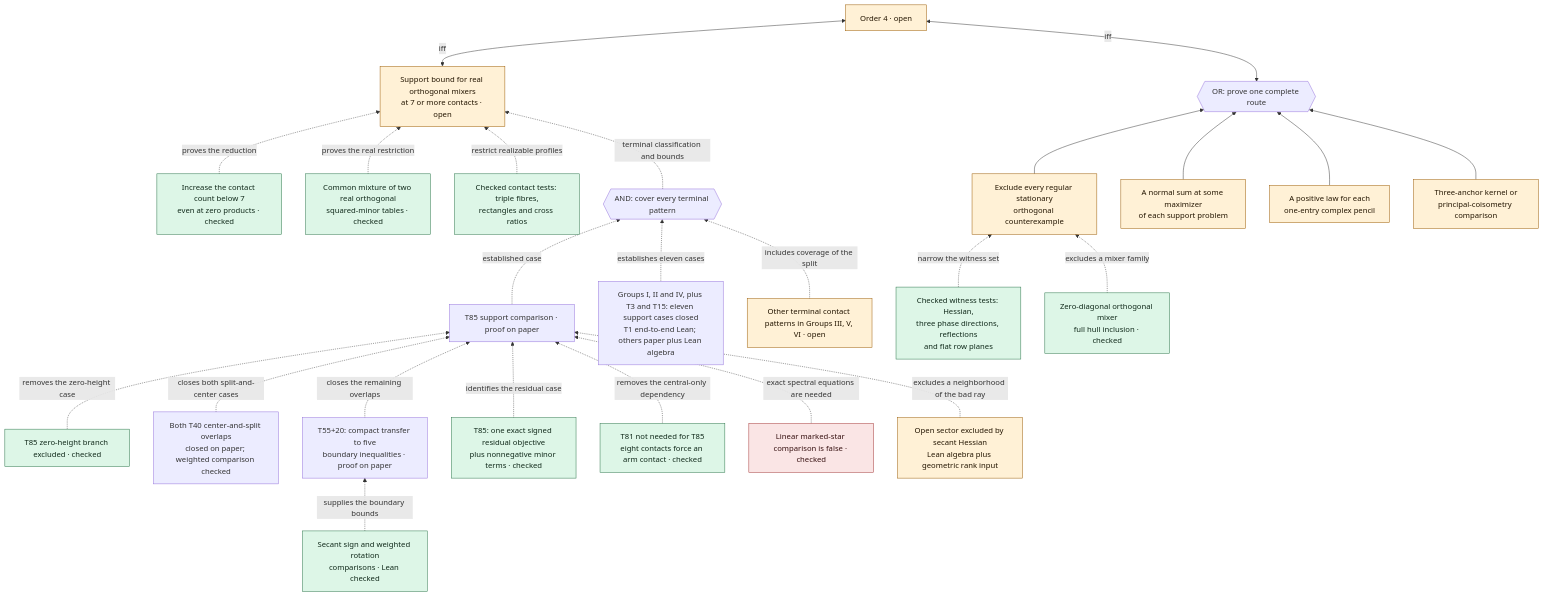
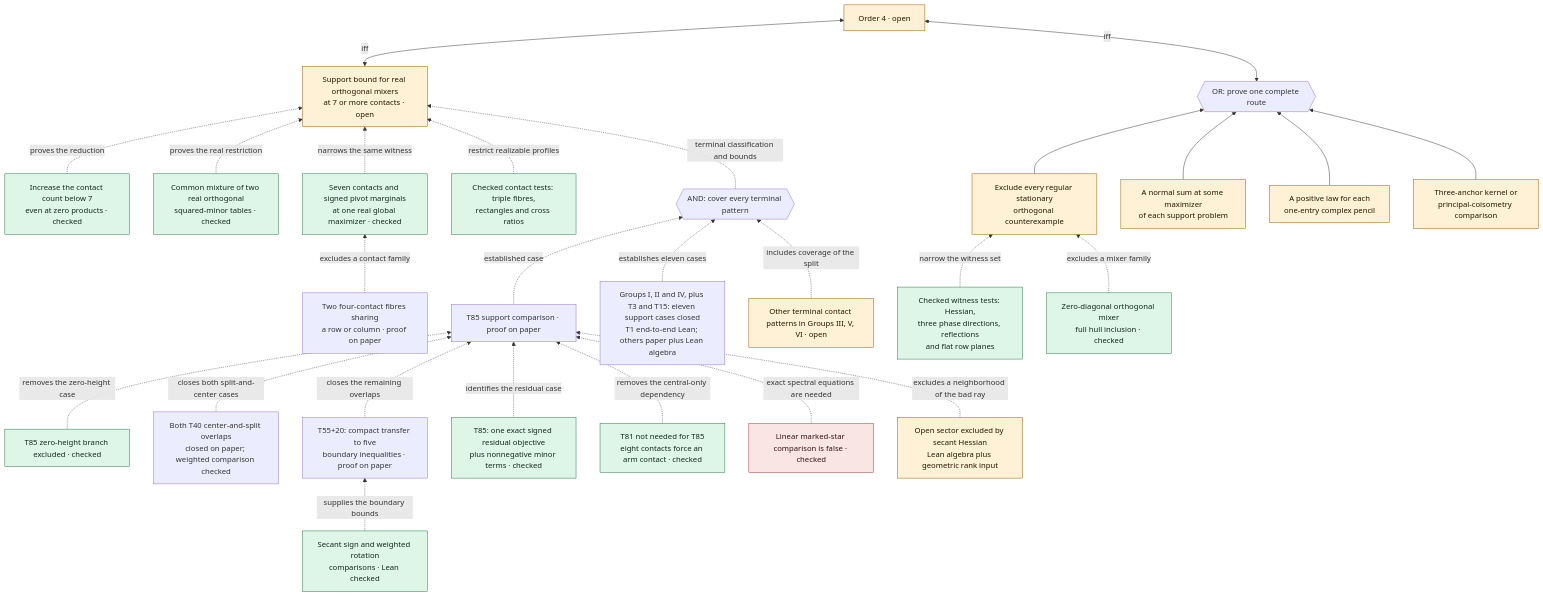
The second of 5 diagrams in Lean/ProofTree.md (ascendnoosphere/MOC), drawn with Mermaid before and after one commit. The commit also changed other lines of this file and 18 other files, not shown here.

First line of the commit message:
Check stationary pivot marginals and record partial order-four proofs

````diff
--- a/Lean/ProofTree.md
+++ b/Lean/ProofTree.md
@@ -72,53 +72,57 @@
 ```mermaid
 flowchart BT
     FOUR["Order 4 · open"]:::open
     OR4{{"OR: prove one complete route"}}
     WITNESS["Exclude every regular stationary<br/>orthogonal counterexample"]:::open
     NORMAL["A normal sum at some maximizer<br/>of each support problem"]:::open
     PENCIL["A positive law for each<br/>one-entry complex pencil"]:::open
     CHART["Three-anchor kernel or<br/>principal-coisometry comparison"]:::open
     TRANSFER["Increase the contact count below 7<br/>even at zero products · checked"]:::checked
     SEVEN["Support bound for real orthogonal mixers<br/>at 7 or more contacts · open"]:::open
     TWO["Common mixture of two real orthogonal<br/>squared-minor tables · checked"]:::checked
+    PIVOT["Seven contacts and signed pivot marginals<br/>at one real global maximizer · checked"]:::checked
+    RICH["Two four-contact fibres sharing<br/>a row or column · proof on paper"]
     TESTS["Checked witness tests: Hessian,<br/>three phase directions, reflections<br/>and flat row planes"]:::checked
     ZERO["Zero-diagonal orthogonal mixer<br/>full hull inclusion · checked"]:::checked
     PHASE["Checked contact tests: triple fibres,<br/>rectangles and cross ratios"]:::checked
     T85["T85 support comparison · proof on paper"]
     T55OVER["T55+20: compact transfer to five<br/>boundary inequalities · proof on paper"]
     SECB["Secant sign and weighted rotation<br/>comparisons · Lean checked"]:::checked
     T40OVER["Both T40 center-and-split overlaps<br/>closed on paper; weighted comparison checked"]
     BYPASS["T81 not needed for T85<br/>eight contacts force an arm contact · checked"]:::checked
     EARLY["Groups I, II and IV, plus T3 and T15: eleven support cases closed<br/>T1 end-to-end Lean; others paper plus Lean algebra"]
     OTHERS["Other terminal contact patterns in Groups III, V, VI · open"]:::open
     COVER{{"AND: cover every terminal pattern"}}
     STAR["T85: one exact signed residual objective<br/>plus nonnegative minor terms · checked"]:::checked
     NOGO["Linear marked-star comparison is false · checked"]:::blocked
     SEC["Open sector excluded by secant Hessian<br/>Lean algebra plus geometric rank input"]:::open
     PAIRED["T85 zero-height branch excluded · checked"]:::checked
     WITNESS --> OR4
     NORMAL --> OR4
     PENCIL --> OR4
     CHART --> OR4
     TRANSFER -. proves the reduction .-> SEVEN
     TWO -. proves the real restriction .-> SEVEN
     SEVEN <-->|iff| FOUR
     TESTS -. narrow the witness set .-> WITNESS
+    PIVOT -. narrows the same witness .-> SEVEN
+    RICH -. excludes a contact family .-> PIVOT
     ZERO -. excludes a mixer family .-> WITNESS
     PHASE -. restrict realizable profiles .-> SEVEN
     PAIRED -. removes the zero-height case .-> T85
     T40OVER -. closes both split-and-center cases .-> T85
     T55OVER -. closes the remaining overlaps .-> T85
     SECB -. supplies the boundary bounds .-> T55OVER
     STAR -. identifies the residual case .-> T85
     BYPASS -. removes the central-only dependency .-> T85
     NOGO -. exact spectral equations are needed .-> T85
     SEC -. excludes a neighborhood of the bad ray .-> T85
     T85 -. established case .-> COVER
     EARLY -. establishes eleven cases .-> COVER
     OTHERS -. includes coverage of the split .-> COVER
     COVER -. terminal classification and bounds .-> SEVEN
     OR4 <-->|iff| FOUR
     classDef open fill:#fff1d6,stroke:#9a5900,color:#231500
     classDef checked fill:#ddf6e7,stroke:#287348,color:#10291a
     classDef blocked fill:#fae5e5,stroke:#a33434,color:#361010
 ```
````
